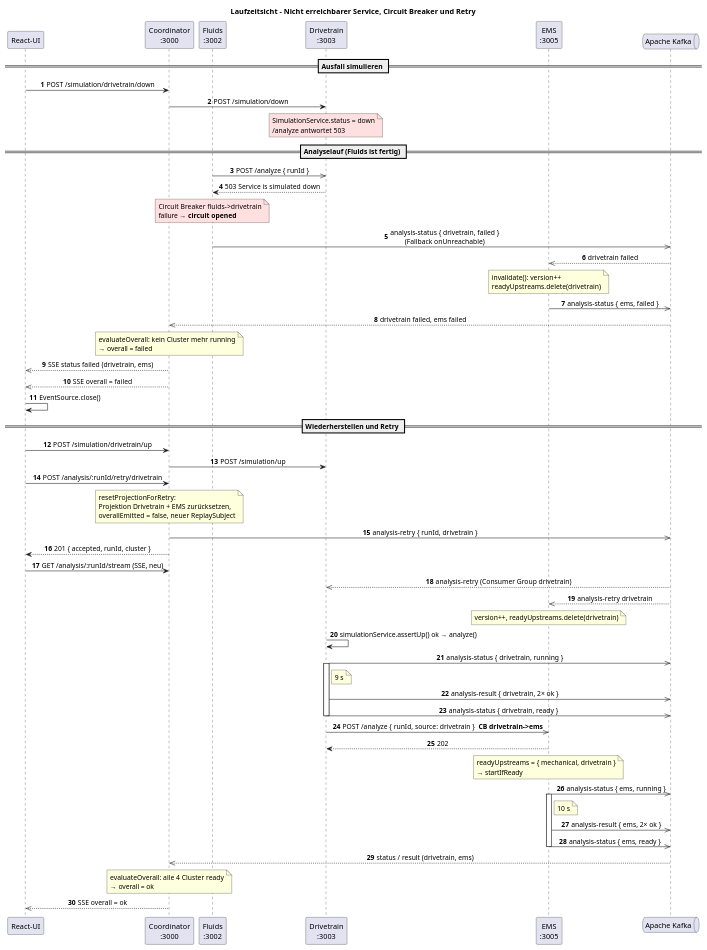
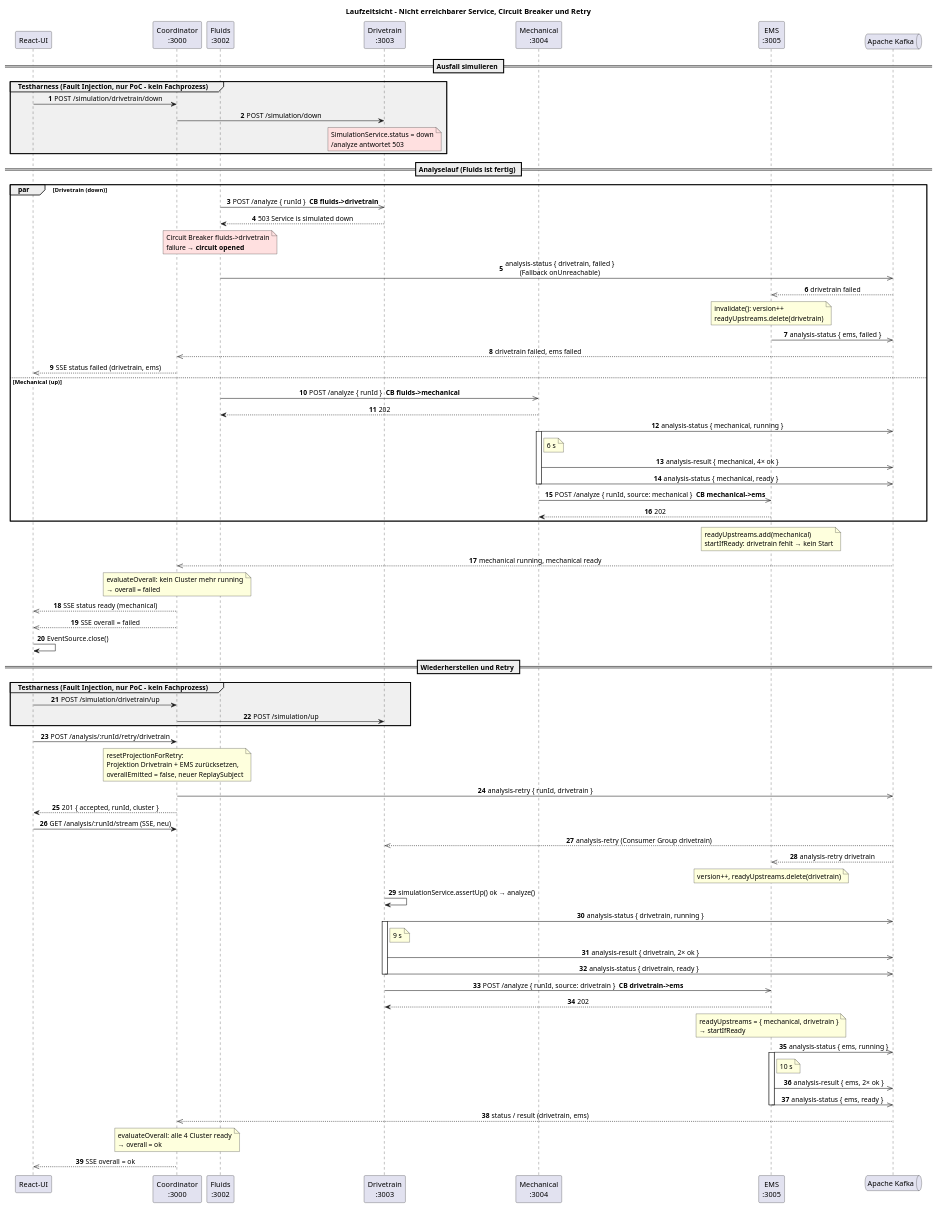
Before and after one commit to nihadio/wirschiffendas: the diagram in docs/diagrams/sequenz-ausfall-retry.puml, drawn with PlantUML. The commit also changed 2 other files, not shown here.

Commit message:
docs(diagrams): show Mechanical and mark fault-injection test harness in retry sequence, add arc42 8.5

```diff
--- a/docs/diagrams/sequenz-ausfall-retry.puml
+++ b/docs/diagrams/sequenz-ausfall-retry.puml
@@ -1,65 +1,86 @@
 @startuml sequenz-ausfall-retry
 ' arc42 §6.3/§6.4 – Ausfall Drivetrain (Circuit Breaker) und gezielter Retry
 title Laufzeitsicht – Nicht erreichbarer Service, Circuit Breaker und Retry
 skinparam defaultFontName Helvetica
 skinparam shadowing false
 skinparam sequenceMessageAlign center
 autonumber
 
 participant "React-UI" as UI
 participant "Coordinator\n:3000" as C
 participant "Fluids\n:3002" as F
 participant "Drivetrain\n:3003" as D
+participant "Mechanical\n:3004" as M
 participant "EMS\n:3005" as E
 queue "Apache Kafka" as K
 
 == Ausfall simulieren ==
+group #f0f0f0 Testharness (Fault Injection, nur PoC – kein Fachprozess)
 UI -> C : POST /simulation/drivetrain/down
 C -> D : POST /simulation/down
 note over D #ffe0e0 : SimulationService.status = down\n/analyze antwortet 503
+end
 
 == Analyselauf (Fluids ist fertig) ==
-F ->> D : POST /analyze { runId }
-D --> F : 503 Service is simulated down
-note over F #ffe0e0 : Circuit Breaker fluids->drivetrain\nfailure → **circuit opened**
-F ->> K : analysis-status { drivetrain, failed }\n(Fallback onUnreachable)
-K -->> E : drivetrain failed
-note over E : invalidate(): version++\nreadyUpstreams.delete(drivetrain)
-E ->> K : analysis-status { ems, failed }
-K -->> C : drivetrain failed, ems failed
+par Drivetrain (down)
+  F ->> D : POST /analyze { runId }  **CB fluids->drivetrain**
+  D --> F : 503 Service is simulated down
+  note over F #ffe0e0 : Circuit Breaker fluids->drivetrain\nfailure → **circuit opened**
+  F ->> K : analysis-status { drivetrain, failed }\n(Fallback onUnreachable)
+  K -->> E : drivetrain failed
+  note over E : invalidate(): version++\nreadyUpstreams.delete(drivetrain)
+  E ->> K : analysis-status { ems, failed }
+  K -->> C : drivetrain failed, ems failed
+  C -->> UI : SSE status failed (drivetrain, ems)
+else Mechanical (up)
+  F ->> M : POST /analyze { runId }  **CB fluids->mechanical**
+  M --> F : 202
+  M ->> K : analysis-status { mechanical, running }
+  activate M
+  note right of M : 6 s
+  M ->> K : analysis-result { mechanical, 4× ok }
+  M ->> K : analysis-status { mechanical, ready }
+  deactivate M
+  M ->> E : POST /analyze { runId, source: mechanical }  **CB mechanical->ems**
+  E --> M : 202
+end
+note over E : readyUpstreams.add(mechanical)\nstartIfReady: drivetrain fehlt → kein Start
+K -->> C : mechanical running, mechanical ready
 note over C : evaluateOverall: kein Cluster mehr running\n→ overall = failed
-C -->> UI : SSE status failed (drivetrain, ems)
+C -->> UI : SSE status ready (mechanical)
 C -->> UI : SSE overall = failed
 UI -> UI : EventSource.close()
 
 == Wiederherstellen und Retry ==
+group #f0f0f0 Testharness (Fault Injection, nur PoC – kein Fachprozess)
 UI -> C : POST /simulation/drivetrain/up
 C -> D : POST /simulation/up
+end
 UI -> C : POST /analysis/:runId/retry/drivetrain
 note over C : resetProjectionForRetry:\nProjektion Drivetrain + EMS zurücksetzen,\noverallEmitted = false, neuer ReplaySubject
 C ->> K : analysis-retry { runId, drivetrain }
 C --> UI : 201 { accepted, runId, cluster }
 UI -> C : GET /analysis/:runId/stream (SSE, neu)
 K -->> D : analysis-retry (Consumer Group drivetrain)
 K -->> E : analysis-retry drivetrain
 note over E : version++, readyUpstreams.delete(drivetrain)
 D -> D : simulationService.assertUp() ok → analyze()
 D ->> K : analysis-status { drivetrain, running }
 activate D
 note right of D : 9 s
 D ->> K : analysis-result { drivetrain, 2× ok }
 D ->> K : analysis-status { drivetrain, ready }
 deactivate D
 D ->> E : POST /analyze { runId, source: drivetrain }  **CB drivetrain->ems**
 E --> D : 202
 note over E : readyUpstreams = { mechanical, drivetrain }\n→ startIfReady
 E ->> K : analysis-status { ems, running }
 activate E
 note right of E : 10 s
 E ->> K : analysis-result { ems, 2× ok }
 E ->> K : analysis-status { ems, ready }
 deactivate E
 K -->> C : status / result (drivetrain, ems)
 note over C : evaluateOverall: alle 4 Cluster ready\n→ overall = ok
 C -->> UI : SSE overall = ok
 @enduml
```
